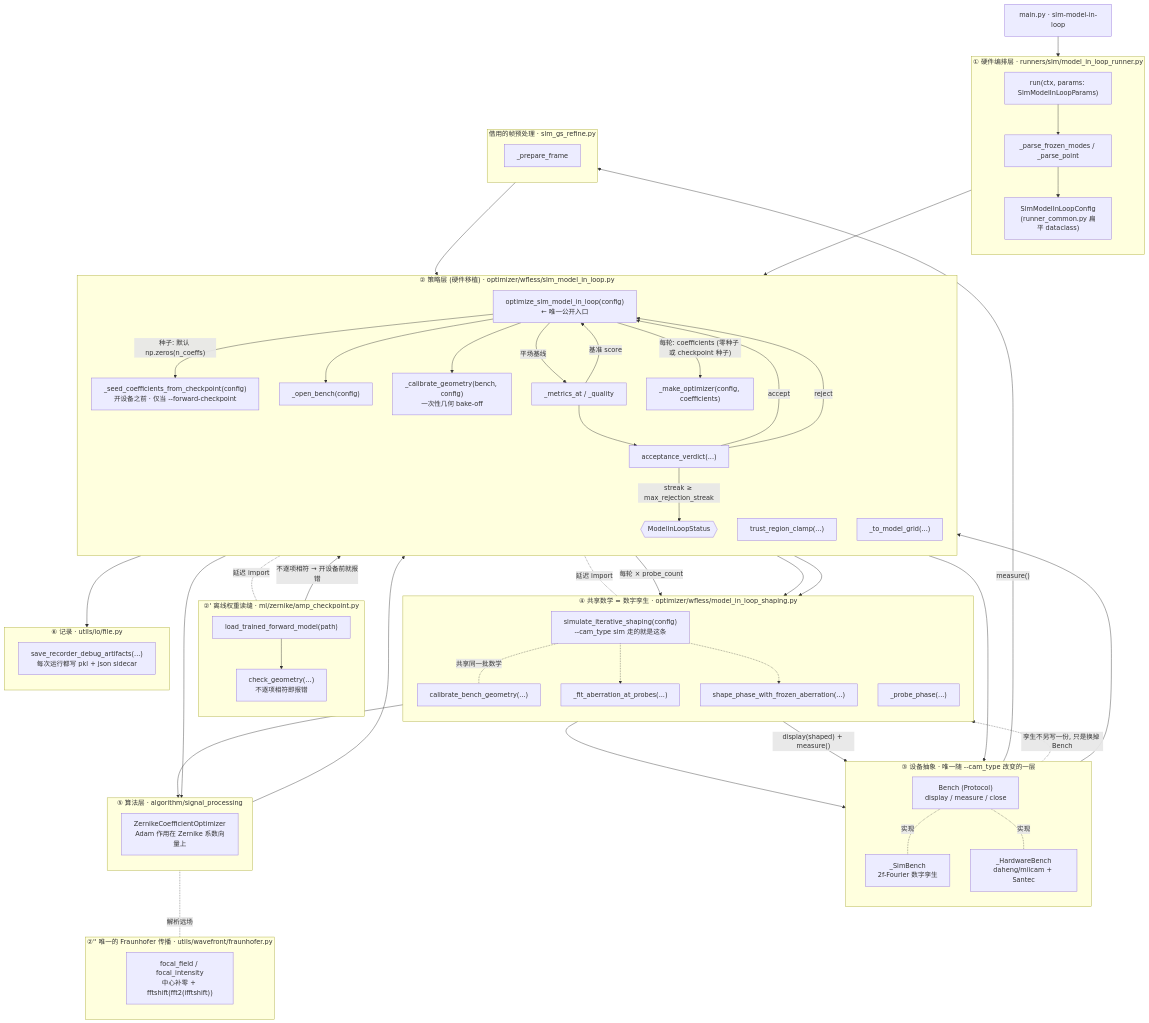
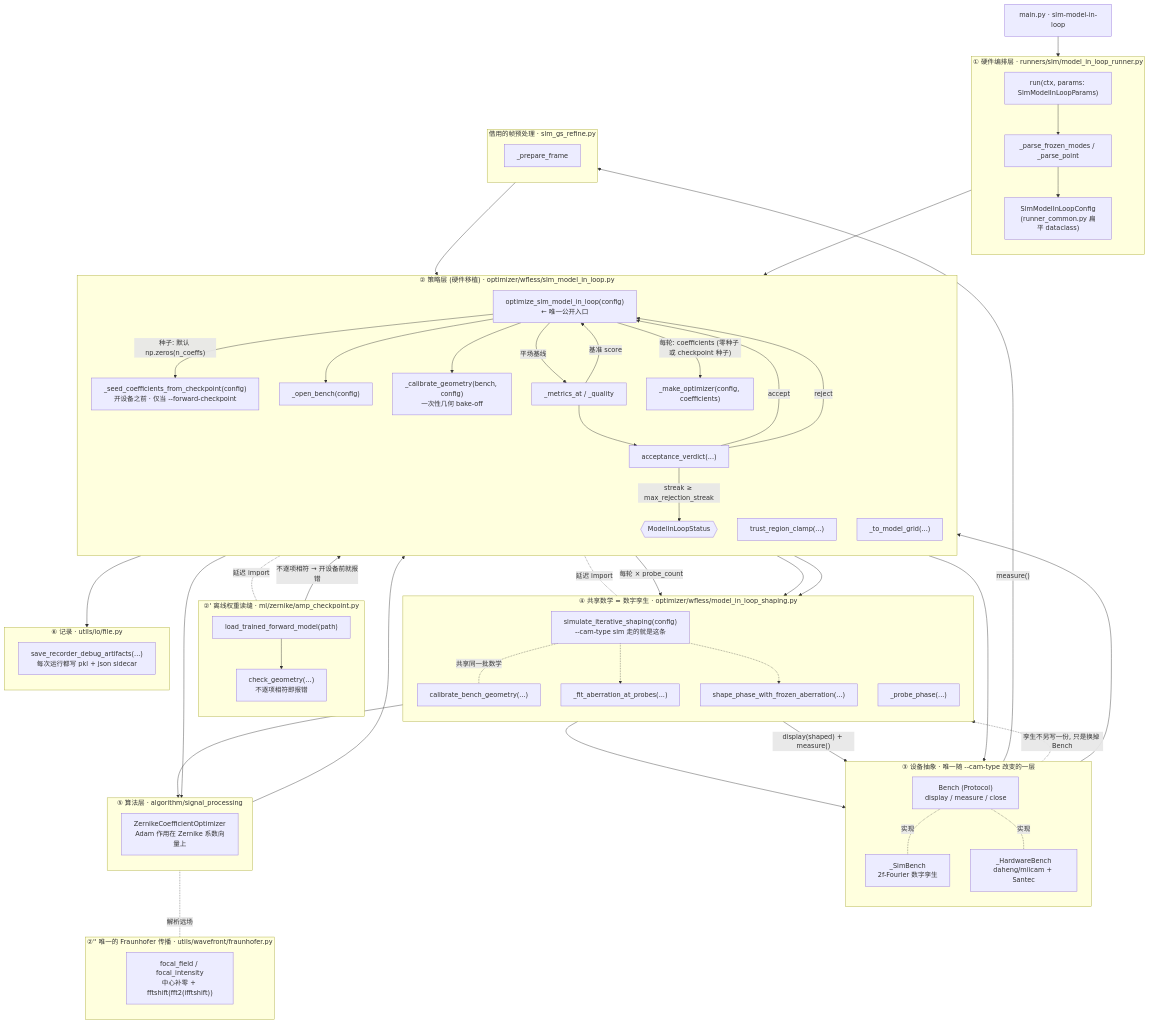
Before and after one commit to ywzhang909/AO-shaping: the first of 4 diagrams in docs/slm/model_in_loop_algorithm.md, drawn with Mermaid. The commit also changed other lines of this file and 26 other files, not shown here.

```diff
--- a/docs/slm/model_in_loop_algorithm.md
+++ b/docs/slm/model_in_loop_algorithm.md
@@ -65,7 +65,7 @@
         FR["focal_field / focal_intensity<br/>中心补零 + fftshift(fft2(ifftshift))"]
     end
 
-    subgraph LB["③ 设备抽象 · 唯一随 --cam_type 改变的一层"]
+    subgraph LB["③ 设备抽象 · 唯一随 --cam-type 改变的一层"]
         direction TB
         BENCH["Bench (Protocol)<br/>display / measure / close"]
         SIM["_SimBench<br/>2f-Fourier 数字孪生"]
@@ -80,7 +80,7 @@
         PROBE["_probe_phase(...)"]
         STEPA["_fit_aberration_at_probes(...)"]
         STEPB["shape_phase_with_frozen_aberration(...)"]
-        TWINRUN["simulate_iterative_shaping(config)<br/>--cam_type sim 走的就是这条"]
+        TWINRUN["simulate_iterative_shaping(config)<br/>--cam-type sim 走的就是这条"]
     end
 
     subgraph L4["⑤ 算法层 · algorithm/signal_processing"]
```
